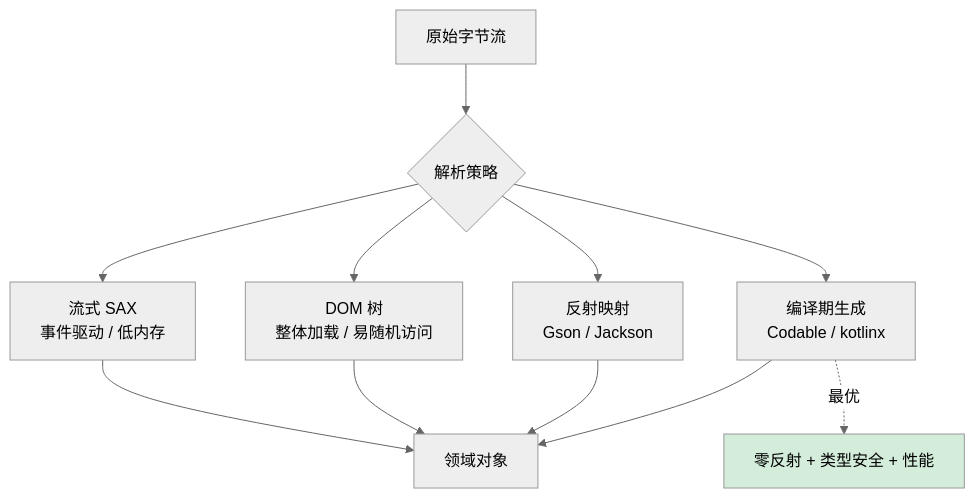
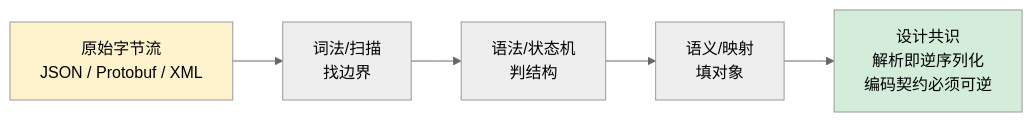
Before and after one commit to chongyang211/YCBookBlog: the first of 6 diagrams in docs/10.专栏/02.程序编程原理/02.数据的本质/09.数据解析设计思想.md, drawn with Mermaid (neutral theme). The commit also changed other lines of this file and 9 other files, not shown here.

````diff
--- a/docs/10.专栏/02.程序编程原理/02.数据的本质/09.数据解析设计思想.md
+++ b/docs/10.专栏/02.程序编程原理/02.数据的本质/09.数据解析设计思想.md
@@ -24,11 +26,9 @@
 ```mermaid
-flowchart TB
-    A[原始字节流] --> B{解析策略}
-    B --> C1[流式 SAX<br/>事件驱动 / 低内存]
-    B --> C2[DOM 树<br/>整体加载 / 易随机访问]
-    B --> C3[反射映射<br/>Gson / Jackson]
-    B --> C4[编译期生成<br/>Codable / kotlinx]
-    C1 & C2 & C3 & C4 --> D[领域对象]
-    C4 -.最优.-> E[零反射 + 类型安全 + 性能]
+flowchart LR
+    A[原始字节流<br/>JSON / Protobuf / XML] --> B[词法/扫描<br/>找边界]
+    B --> C[语法/状态机<br/>判结构]
+    C --> D[语义/映射<br/>填对象]
+    D --> E[设计共识<br/>解析即逆序列化<br/>编码契约必须可逆]
+    style A fill:#fff3cd
     style E fill:#d4edda
 ```
````
